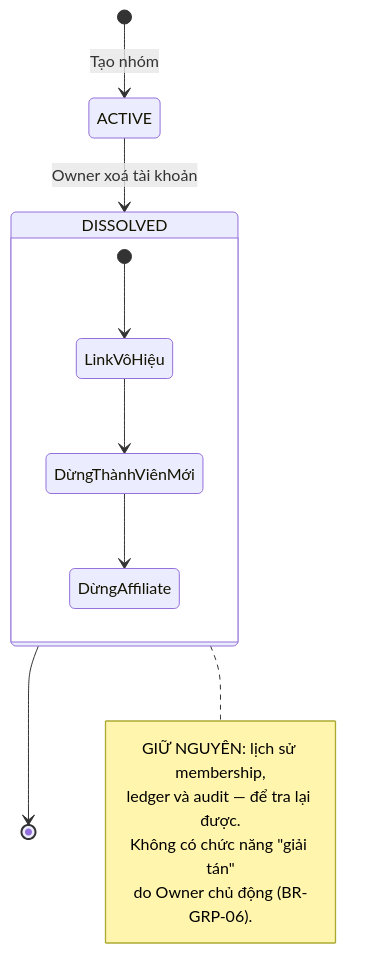
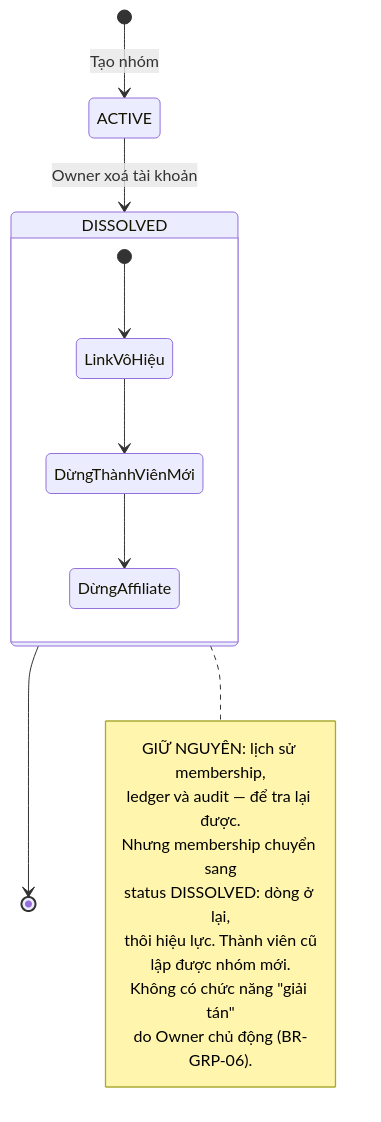
Before and after one commit to fdshn/trueheart: the fifth of 6 diagrams in docs/diagram/18-group.md, drawn with Mermaid. The commit also changed other lines of this file and 19 other files, not shown here.

````diff
--- a/docs/diagram/18-group.md
+++ b/docs/diagram/18-group.md
@@ -129,20 +144,24 @@
 ```mermaid
 stateDiagram-v2
     [*] --> ACTIVE: Tạo nhóm
     ACTIVE --> DISSOLVED: Owner xoá tài khoản
 
     state DISSOLVED {
         [*] --> LinkVôHiệu
         LinkVôHiệu --> DừngThànhViênMới
         DừngThànhViênMới --> DừngAffiliate
     }
 
     DISSOLVED --> [*]
 
     note right of DISSOLVED
         GIỮ NGUYÊN: lịch sử membership,
         ledger và audit — để tra lại được.
+        Nhưng membership chuyển sang
+        status DISSOLVED: dòng ở lại,
+        thôi hiệu lực. Thành viên cũ
+        lập được nhóm mới.
         Không có chức năng "giải tán"
         do Owner chủ động (BR-GRP-06).
     end note
 ```
````
